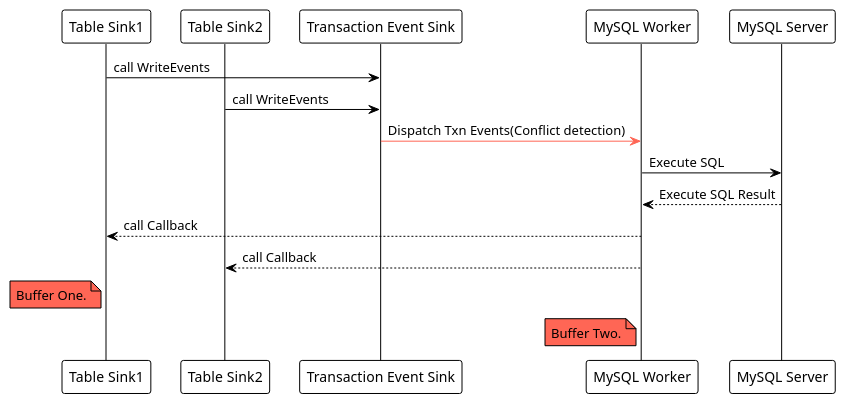
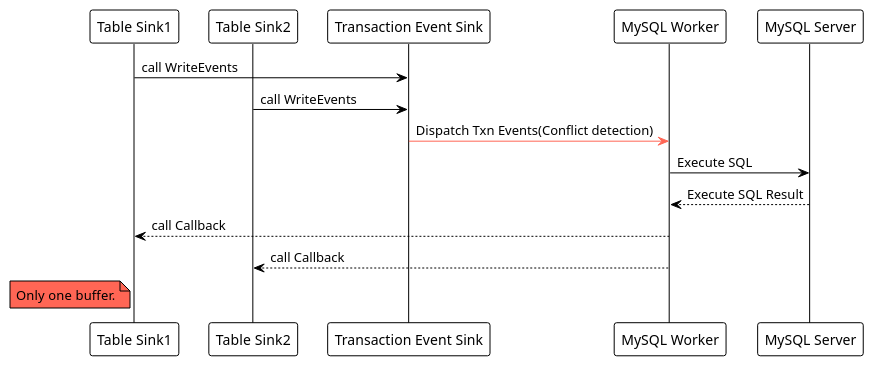
One commit to 0xPoe/talks changed the seventh of 7 diagrams in ticdc-new-sink.slide/slides.md. Above: the diagram before and after it, drawn with PlantUML.

Commit message:
Only one buffer

````diff
--- a/ticdc-new-sink.slide/slides.md
+++ b/ticdc-new-sink.slide/slides.md
@@ -507,27 +507,23 @@
 ```plantuml
 @startuml
 !theme plain
 participant TS1 as "Table Sink1"
 participant TS2 as "Table Sink2"
 participant TXNS as "Transaction Event Sink"
 participant MW as "MySQL Worker"
 participant M as "MySQL Server"
 
 TS1 -> TXNS: call WriteEvents
 TS2 -> TXNS: call WriteEvents
 TXNS -[bold,#FF6655]> MW: Dispatch Txn Events(Conflict detection)
 MW -> M: Execute SQL
 M --> MW: Execute SQL Result
 MW --> TS1: call Callback
 MW --> TS2: call Callback
 
 note left of TS1 #FF6655
-  Buffer One.
-end note
-
-note left of MW #FF6655
-  Buffer Two.
+  Only one buffer.
 end note
 
 @enduml
 ```
````
